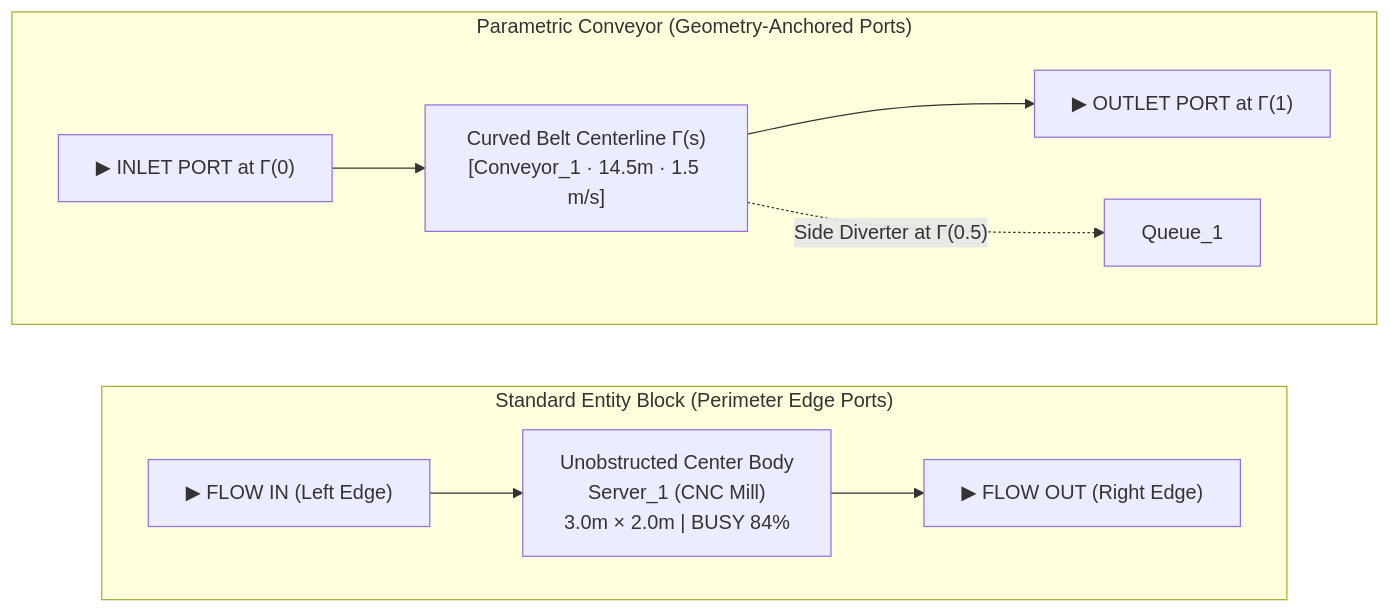
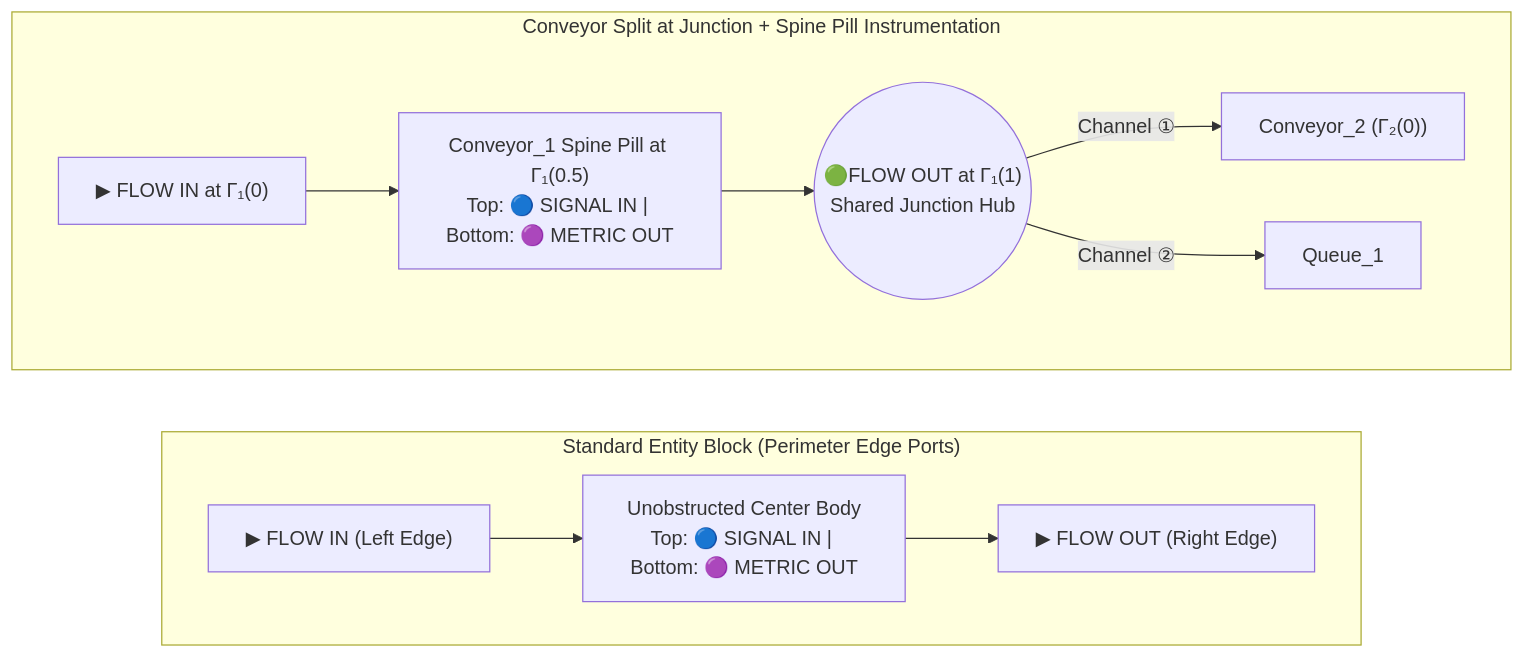
Before and after one commit to SouKot/Hermes.jl: the diagram in docs/phase7f_design/port_cardinality_and_entity_visualization_report.md, drawn with Mermaid. The commit also changed other lines of this file and 15 other files, not shown here.

Commit message:
feat(phase7g): Perimeter edge ports, multi-wire bus popup, wire visibility toggle, queue signal port, and centered conveyor telemetry

````diff
--- a/docs/phase7f_design/port_cardinality_and_entity_visualization_report.md
+++ b/docs/phase7f_design/port_cardinality_and_entity_visualization_report.md
@@ -45,12 +53,13 @@
 ```mermaid
 flowchart LR
     subgraph StandardBlock["Standard Entity Block (Perimeter Edge Ports)"]
         direction LR
-        FI["▶ FLOW IN (Left Edge)"] --> BODY["Unobstructed Center Body\nServer_1 (CNC Mill)\n3.0m × 2.0m | BUSY 84%"] --> FO["▶ FLOW OUT (Right Edge)"]
+        FI["▶ FLOW IN (Left Edge)"] --> BODY["Unobstructed Center Body\nTop: 🔵 SIGNAL IN | Bottom: 🟣 METRIC OUT"] --> FO["▶ FLOW OUT (Right Edge)"]
     end
-    subgraph ConveyorRibbon["Parametric Conveyor (Geometry-Anchored Ports)"]
+    subgraph ConveyorSplit["Conveyor Split at Junction + Spine Pill Instrumentation"]
         direction LR
-        TAIL["▶ INLET PORT at Γ(0)"] --> SPINE["Curved Belt Centerline Γ(s)\n[Conveyor_1 · 14.5m · 1.5 m/s]"] --> HEAD["▶ OUTLET PORT at Γ(1)"]
-        SPINE -. "Side Diverter at Γ(0.5)" .-> Q["Queue_1"]
+        TAIL["▶ FLOW IN at Γ₁(0)"] --> SPINE["Conveyor_1 Spine Pill at Γ₁(0.5)\nTop: 🔵 SIGNAL IN | Bottom: 🟣 METRIC OUT"] --> JUNC(("🟢FLOW OUT at Γ₁(1)\nShared Junction Hub"))
+        JUNC -- "Channel ①" --> C2["Conveyor_2 (Γ₂(0))"]
+        JUNC -- "Channel ②" --> Q["Queue_1"]
     end
 ```
````
